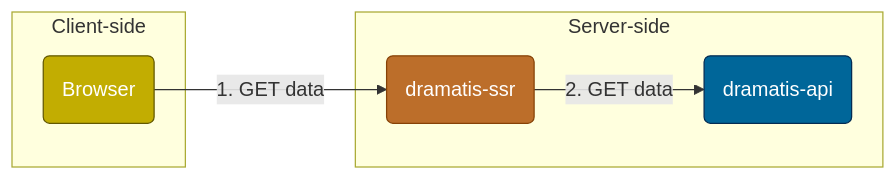
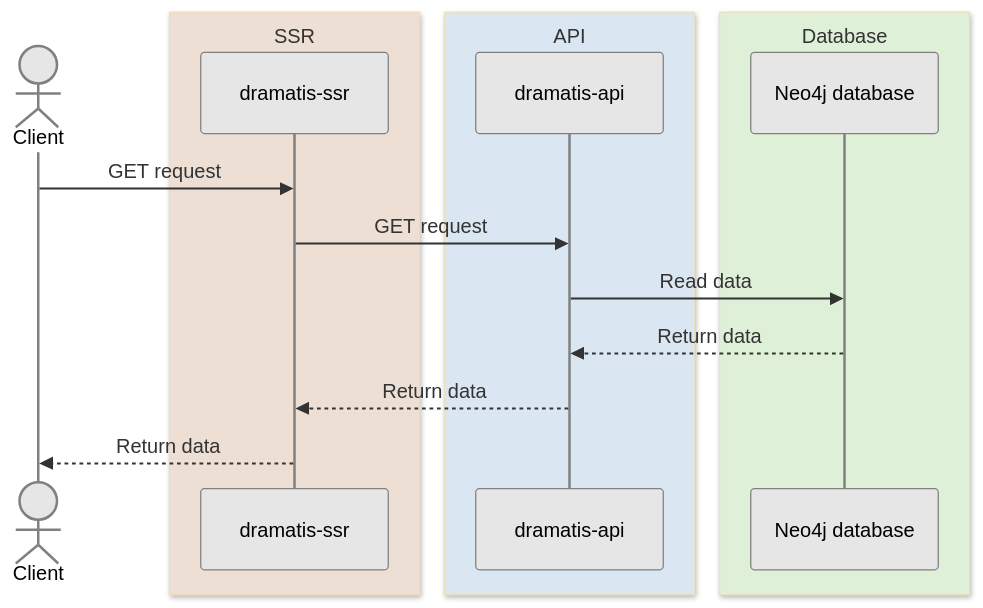
Before and after one commit to andygout/dramatis-ssr: the diagram in README.md, drawn with Mermaid.

Commit message:
Convert architecture diagram from flowchart to sequence diagram (#353)

````diff
--- a/README.md
+++ b/README.md
@@ -27,29 +27,38 @@
 ```mermaid
-flowchart LR
-	%% Containers and components
-	subgraph CLIENT_SIDE[Client-side]
-		BROWSER(Browser)
-	end
+---
+config:
+  theme: base
+  themeVariables:
+    actorBkg: "#E6E6E6"
+    actorBorder: "#808080"
+    actorTextColor: "#000000"
+---
+sequenceDiagram
+  %% Components and grouping boxes
+  actor CLIENT as Client
 
-	subgraph SERVER_SIDE[Server-side]
-		DRAMATIS_API(dramatis-api)
-		DRAMATIS_SSR(dramatis-ssr)
-	end
+  box rgb(237, 223, 211) SSR
+    participant DRAMATIS_SSR as dramatis-ssr
+  end
 
-	%% Relationships
-	BROWSER -- 1. GET data --> DRAMATIS_SSR
+  box rgb(218, 231, 242) API
+    participant DRAMATIS_API as dramatis-api
+  end
 
-	DRAMATIS_SSR -- 2. GET data --> DRAMATIS_API
+  box rgb(223, 240, 216) Database
+    participant NEO4J_DATABASE as Neo4j database
+  end
 
-	%% Style Definitions
-	classDef browser fill:#c2ad01,stroke:#625800,color:#FFFFFF
+  %% Relationships
+  CLIENT ->> DRAMATIS_SSR: GET request
 
-	classDef dramatisSsr fill:#bc6e2a,stroke:#864206,color:#FFFFFF
+  DRAMATIS_SSR ->> DRAMATIS_API: GET request
 
-	classDef dramatisApi fill:#006699,stroke:#042c53,color:#FFFFFF
+  DRAMATIS_API ->> NEO4J_DATABASE: Read data
 
-	%% Apply Styles
-	class DRAMATIS_API dramatisApi
-	class DRAMATIS_SSR dramatisSsr
-	class BROWSER browser
+  NEO4J_DATABASE -->> DRAMATIS_API: Return data
+
+  DRAMATIS_API -->> DRAMATIS_SSR: Return data
+
+  DRAMATIS_SSR -->> CLIENT: Return data
 ```
````
